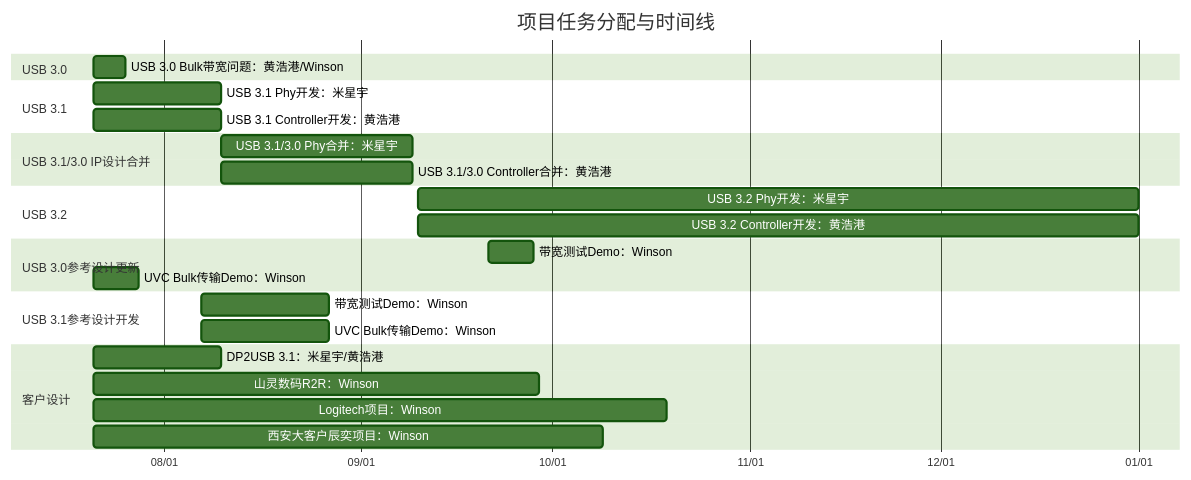
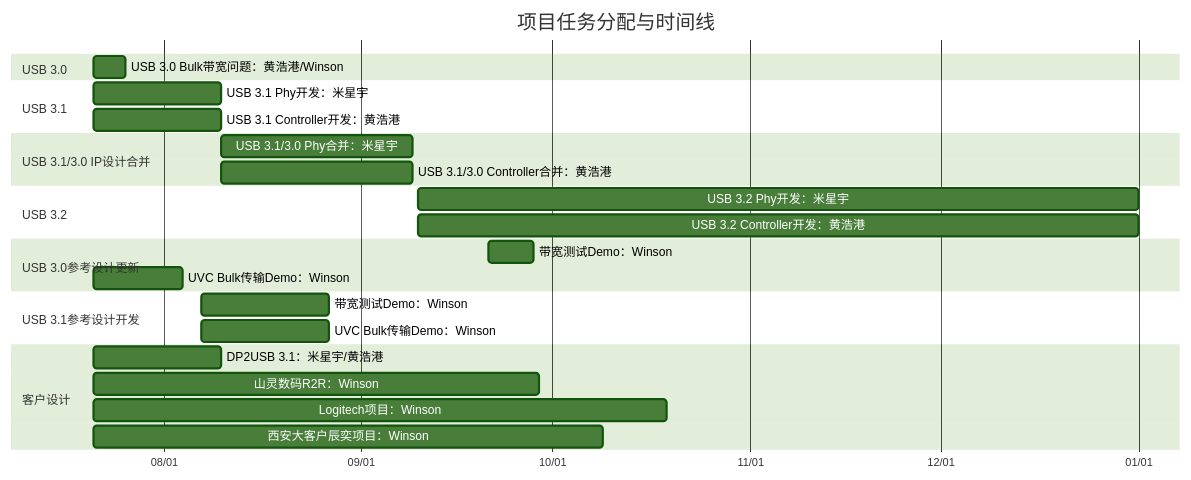
One commit to winsonbook/iodraw-files changed the diagram in all/未命名.md. Above: the diagram before and after it, drawn with Mermaid (forest theme).

Commit message:
2025-07-21 10:16:19 update

````diff
--- a/all/未命名.md
+++ b/all/未命名.md
@@ -1,35 +1,35 @@
 ```mermaid
 gantt
     title 项目任务分配与时间线
     dateFormat  YYYY-MM-DD
     axisFormat  %m/%d
 
     section USB 3.0
     USB 3.0 Bulk带宽问题：黄浩港/Winson   :    task1, 2025-07-21, 5d
 
     section USB 3.1
     USB 3.1 Phy开发：米星宇      :         task2, 2025-07-21, 20d
     USB 3.1 Controller开发：黄浩港      :  task3, 2025-07-21, 20d
 
     section USB 3.1/3.0 IP设计合并
     USB 3.1/3.0 Phy合并：米星宇       :    task4, 2025-08-10, 30d
     USB 3.1/3.0 Controller合并：黄浩港:    task5, 2025-08-10, 30d
 
     section USB 3.2
     USB 3.2 Phy开发：米星宇      :         task2, 2025-09-10, 113d
     USB 3.2 Controller开发：黄浩港      :  task3, 2025-09-10, 113d
 
     section USB 3.0参考设计更新
     带宽测试Demo：Winson       :         task6, 2025-09-21, 7d
-    UVC Bulk传输Demo：Winson   :        task7, 2025-07-21, 7d
+    UVC Bulk传输Demo：Winson   :        task7, 2025-07-21, 14d
 
     section USB 3.1参考设计开发
     带宽测试Demo：Winson       :         task8, 2025-08-07, 20d
     UVC Bulk传输Demo：Winson   :         task9, 2025-08-07, 20d
 
     section 客户设计
     DP2USB 3.1：米星宇/黄浩港      :task10, 2025-07-21, 20d
     山灵数码R2R：Winson :             task11, 2025-07-21, 70d
     Logitech项目：Winson :            task12, 2025-07-21, 90d
     西安大客户辰奕项目：Winson :       task13, 2025-07-21, 80d
 ```
````
